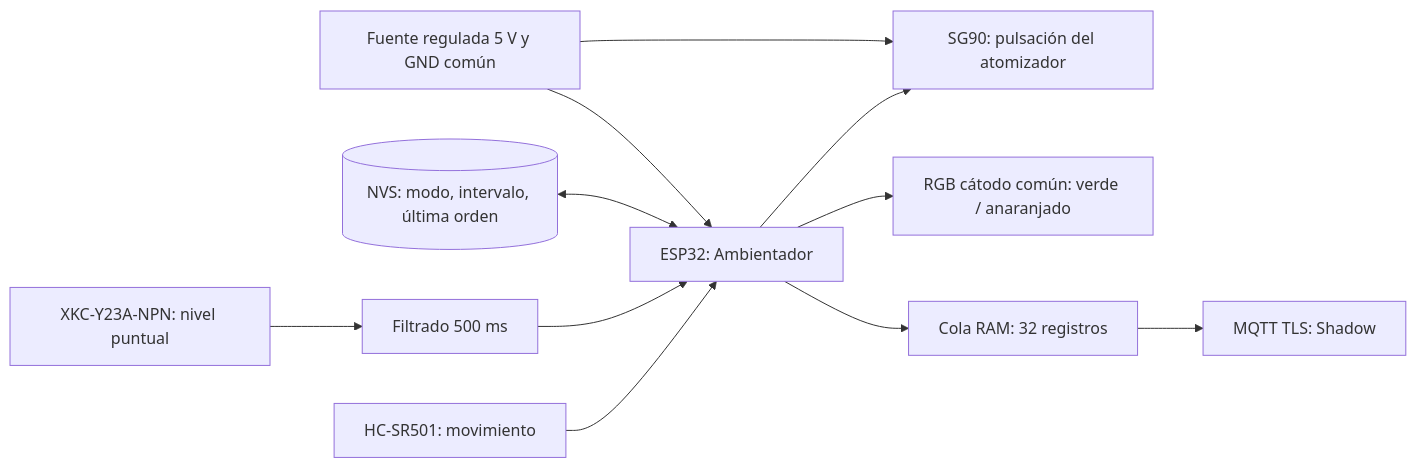
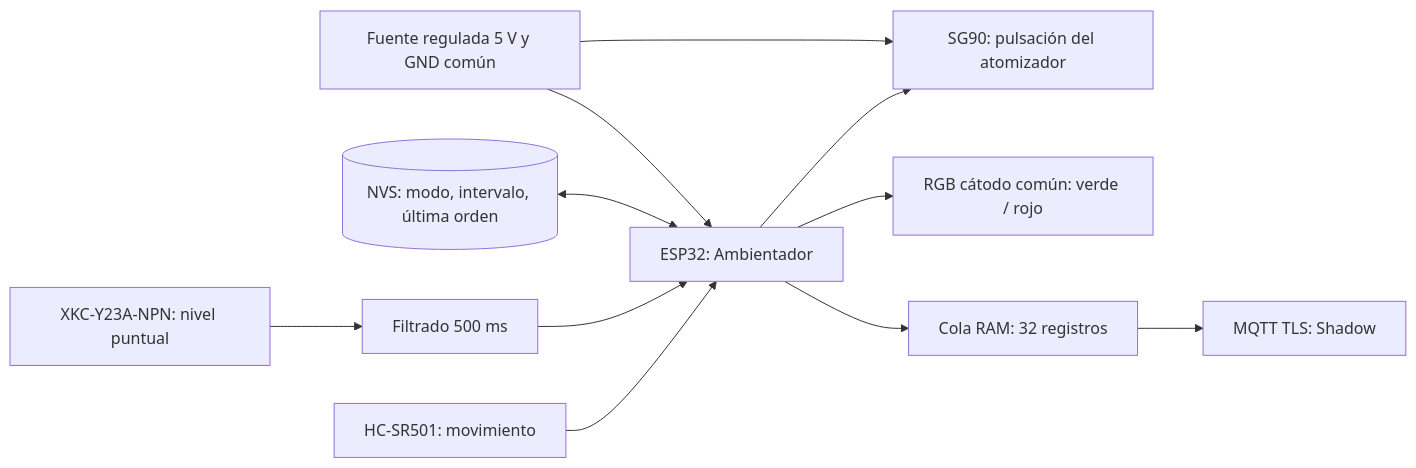
The first of 10 diagrams in docs/practica4/diseno.md (JoseCorralesAgreda/Practica-4-IOT), drawn with Mermaid before and after one commit. The commit also changed other lines of this file and 18 other files, not shown here.

````diff
--- a/docs/practica4/diseno.md
+++ b/docs/practica4/diseno.md
@@ -7,13 +7,13 @@
 ```mermaid
 flowchart LR
   PIR[HC-SR501: movimiento] --> ESP[ESP32: Ambientador]
   XKC[XKC-Y23A-NPN: nivel puntual] --> FIL[Filtrado 500 ms]
   FIL --> ESP
   ESP --> SERVO[SG90: pulsación del atomizador]
-  ESP --> LED[RGB cátodo común: verde / anaranjado]
+  ESP --> LED[RGB cátodo común: verde / rojo]
   NVS[(NVS: modo, intervalo, última orden)] <--> ESP
   ESP --> Q[Cola RAM: 32 registros]
   Q --> TLS[MQTT TLS: Shadow]
   PWR[Fuente regulada 5 V y GND común] --> ESP
   PWR --> SERVO
 ```
````
